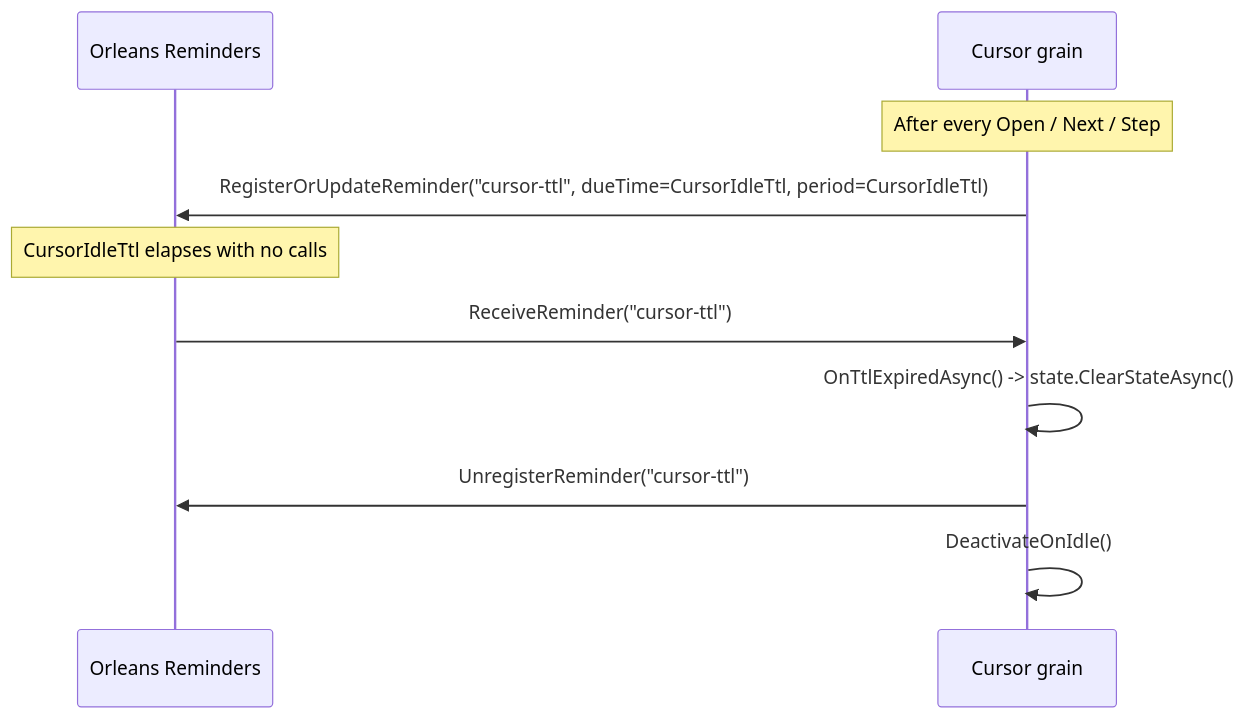
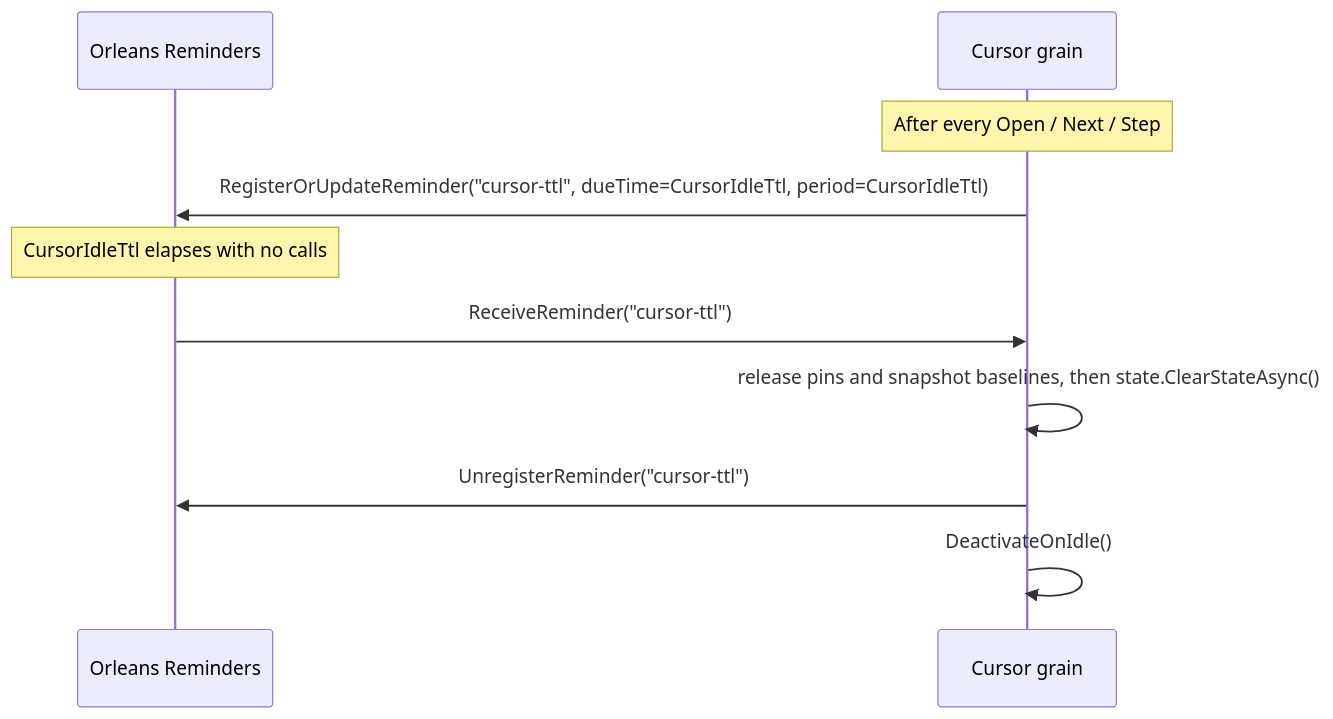
Before and after one commit to NSTA1/Orleans.Lattice: the fourth of 4 diagrams in docs/lattice/durable-cursors.md, drawn with Mermaid. The commit also changed other lines of this file and 394 other files, not shown here.

````diff
--- a/docs/lattice/durable-cursors.md
+++ b/docs/lattice/durable-cursors.md
@@ -319,14 +321,14 @@
 ```mermaid
 sequenceDiagram
     participant R as Orleans Reminders
     participant G as Cursor grain
 
     Note over G: After every Open / Next / Step
     G->>R: RegisterOrUpdateReminder("cursor-ttl", dueTime=CursorIdleTtl, period=CursorIdleTtl)
 
     Note over R: CursorIdleTtl elapses with no calls
     R->>G: ReceiveReminder("cursor-ttl")
-    G->>G: OnTtlExpiredAsync() -> state.ClearStateAsync()
+    G->>G: release pins and snapshot baselines, then state.ClearStateAsync()
     G->>R: UnregisterReminder("cursor-ttl")
     G->>G: DeactivateOnIdle()
 ```
````
